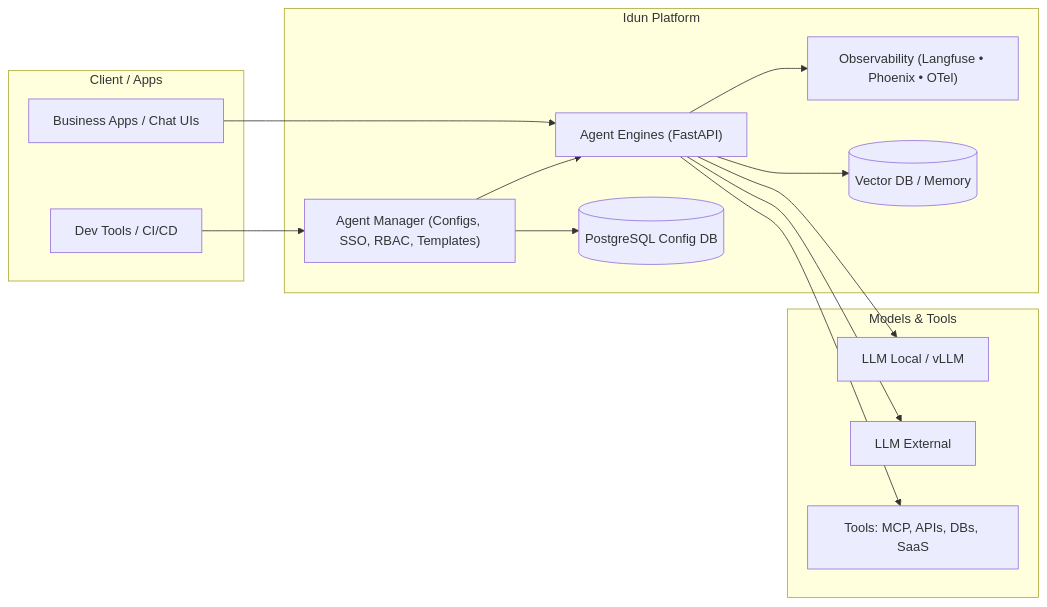
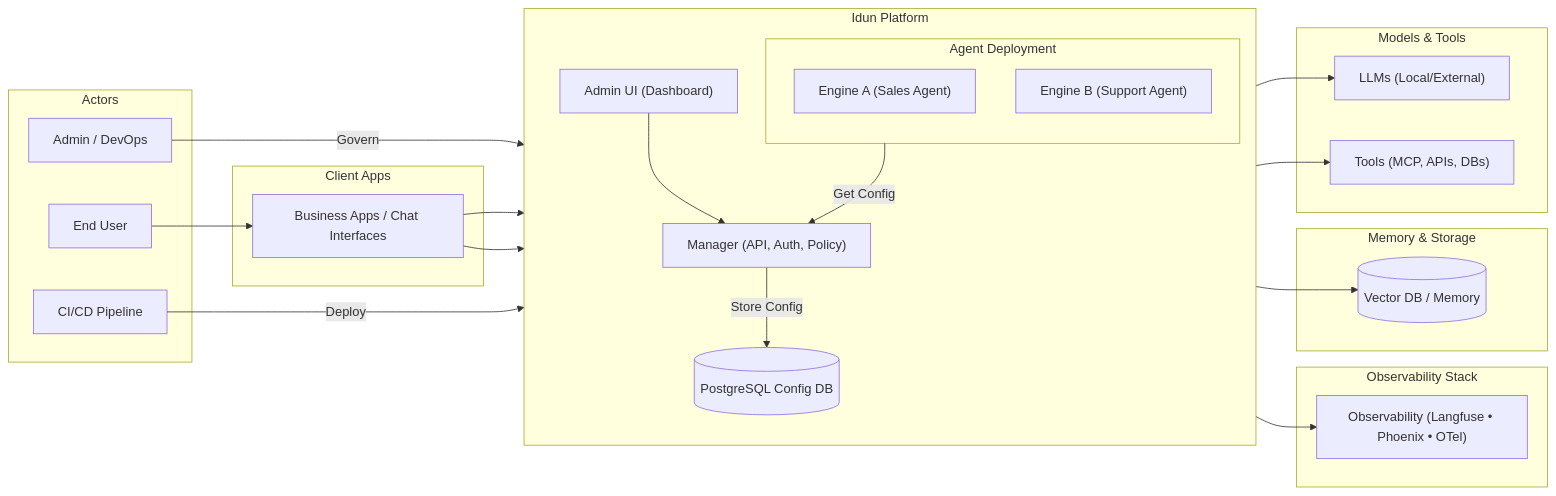
One commit to Idun-Group/idun-agent-platform changed the diagram in README.md. Above: the diagram before and after it, drawn with Mermaid. The commit also changed other lines of this file and 5 other files, not shown here.

First line of the commit message:
Revise README and roadmap docs

````diff
--- a/README.md
+++ b/README.md
@@ -270,31 +261,60 @@
 ```mermaid
 flowchart LR
-  subgraph Client_Apps["Client / Apps"]
-    UI["Business Apps / Chat UIs"]
-    Dev["Dev Tools / CI/CD"]
+  subgraph Actors["Actors"]
+    User["End User"]
+    Admin["Admin / DevOps"]
+    CICD["CI/CD Pipeline"]
+  end
+
+  subgraph Client_Apps["Client Apps"]
+    ChatUI["Business Apps / Chat Interfaces"]
   end
 
   subgraph Idun_Platform["Idun Platform"]
-    MGR["Agent Manager (Configs, SSO, RBAC, Templates)"]
-    ENG["Agent Engines (FastAPI)"]
-    OBS["Observability (Langfuse • Phoenix • OTel)"]
-    VDB[(Vector DB / Memory)]
+    direction TB
+    UI["Admin UI (Dashboard)"]
+    MGR["Manager (API, Auth, Policy)"]
+
+    subgraph Agents["Agent Deployment"]
+      ENG1["Engine A (Sales Agent)"]
+      ENG2["Engine B (Support Agent)"]
+    end
+
     CFGDB[(PostgreSQL Config DB)]
   end
 
-  subgraph Models_Tools["Models & Tools"]
-    LLMlocal["LLM Local / vLLM"]
-    LLMext["LLM External"]
-    TOOLS["Tools: MCP, APIs, DBs, SaaS"]
+  subgraph Observability_Stack["Observability Stack"]
+    OBS["Observability (Langfuse • Phoenix • OTel)"]
   end
 
-  UI --> ENG
-  Dev --> MGR
-  MGR --> CFGDB
-  MGR --> ENG
-  ENG --> OBS
-  ENG --> VDB
-  ENG --> LLMlocal
-  ENG --> LLMext
-  ENG --> TOOLS
+  subgraph Memory_Storage["Memory & Storage"]
+    VDB[(Vector DB / Memory)]
+  end
+
+  subgraph Models_Tools["Models & Tools"]
+    LLM["LLMs (Local/External)"]
+    TOOLS["Tools (MCP, APIs, DBs)"]
+  end
+
+  %% Admin Governance Flow
+  Admin -- "Govern" --> UI
+  UI --> MGR
+  MGR -- "Store Config" --> CFGDB
+
+  %% Engines Fetching Config
+  Agents -- "Get Config" --> MGR
+
+  %% CI/CD Deploying Agents
+  CICD -- "Deploy" --> Agents
+
+  %% End User Flow
+  User --> ChatUI
+  ChatUI --> ENG1
+  ChatUI --> ENG2
+
+  %% Engine External Connections
+  Agents --> OBS
+  Agents --> VDB
+  Agents --> LLM
+  Agents --> TOOLS
 ```
````
